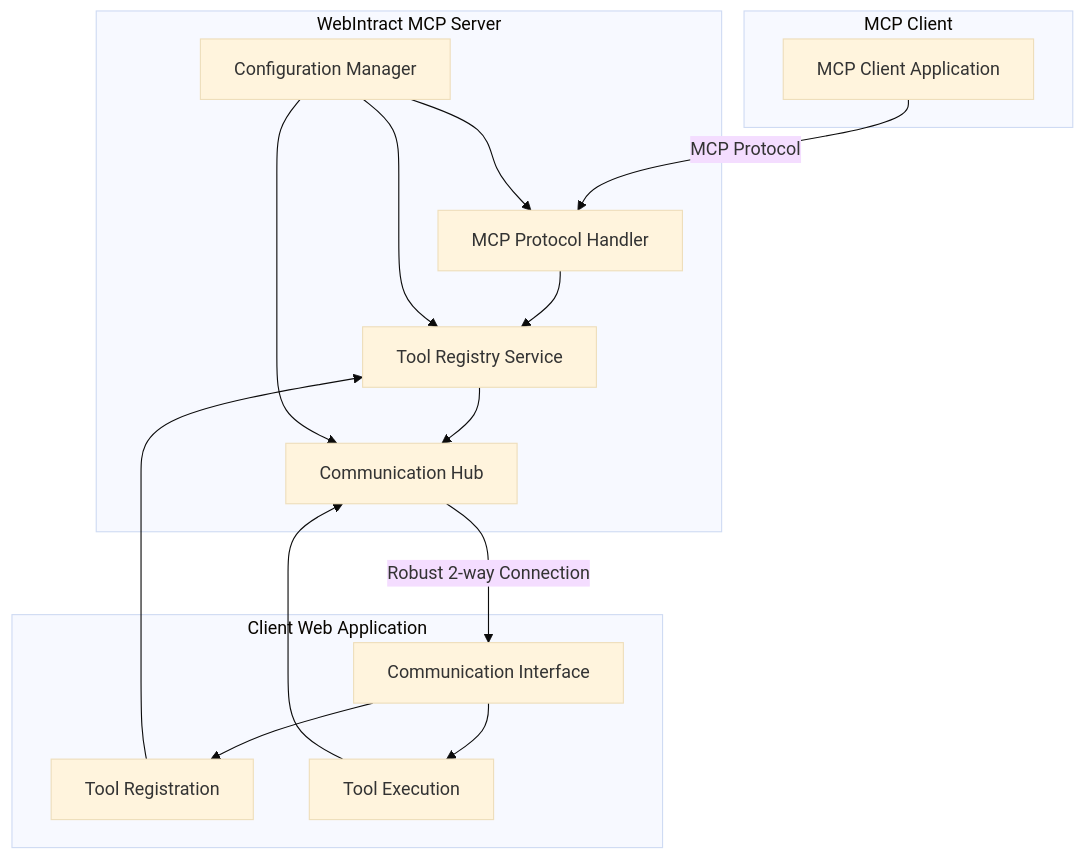
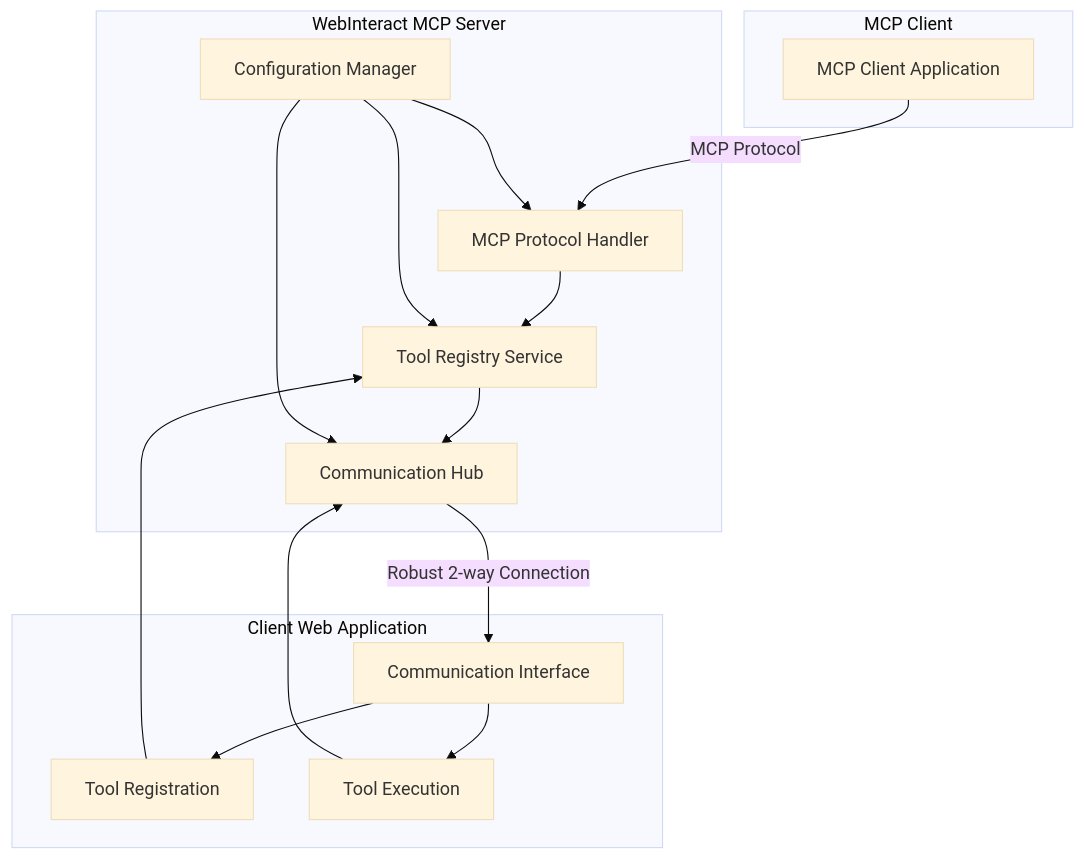
One commit to Vijay-Nirmal/WebInteractMCP changed the first of 4 diagrams in server/README.md. Above: the diagram before and after it, drawn with Mermaid (base theme). The commit also changed other lines of this file and 89 other files, not shown here.

Commit message:
WebIntractMCP to WebInteractMCP (#16)

````diff
--- a/server/README.md
+++ b/server/README.md
@@ -11,31 +11,31 @@
 ```mermaid
 graph TB
     subgraph "MCP Client"
         A[MCP Client Application]
     end
     
-    subgraph "WebIntract MCP Server"
+    subgraph "WebInteract MCP Server"
         B[MCP Protocol Handler]
         C[Tool Registry Service]
         D[Communication Hub]
         E[Configuration Manager]
     end
     
     subgraph "Client Web Application"
         F[Tool Registration]
         G[Tool Execution]
         H[Communication Interface]
     end
     
     A -->|MCP Protocol| B
     B --> C
     C --> D
     D -->|Robust 2-way Connection| H
     H --> F
     H --> G
     F --> C
     G --> D
     E --> B
     E --> C
     E --> D
 ```
````
